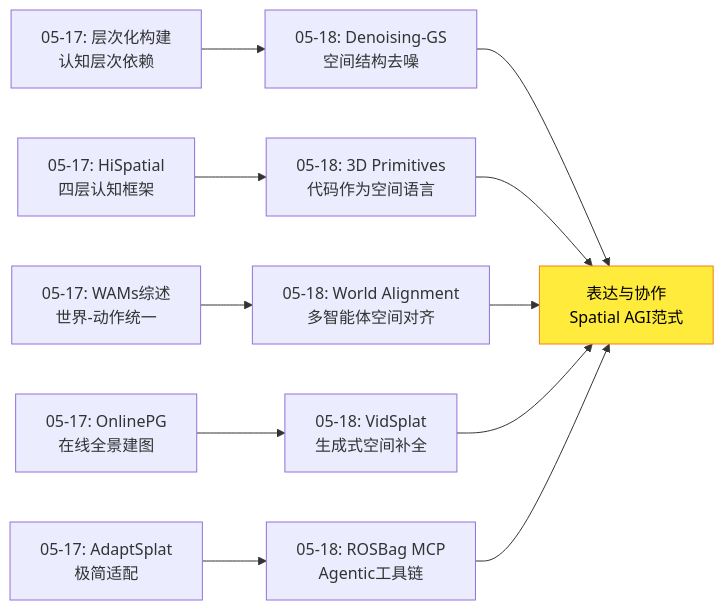
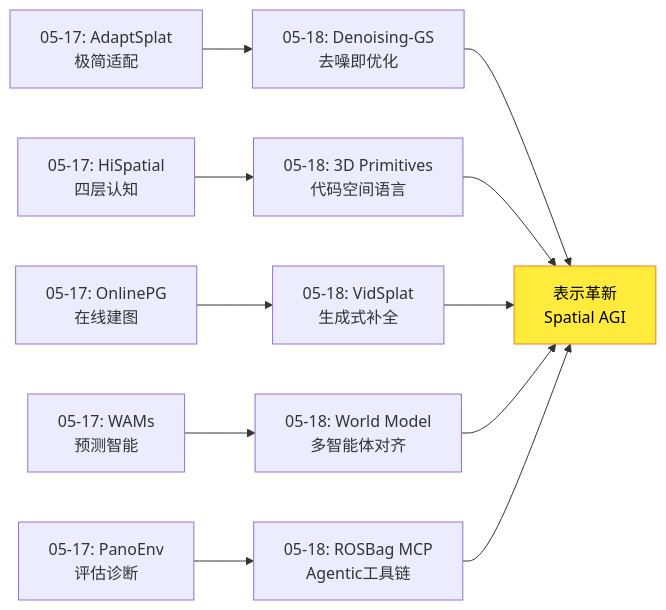
The first of 5 diagrams in daily_thinking/2026-05-18.md (ahangchen/spatial_agi), drawn with Mermaid before and after one commit. The commit also changed other lines of this file, not shown here.

First line of the commit message:
feat: Spatial AGI Research - 2026-05-18

````diff
--- a/daily_thinking/2026-05-18.md
+++ b/daily_thinking/2026-05-18.md
@@ -23,14 +23,14 @@
 ```mermaid
 graph LR
-    A["05-17: 层次化构建<br/>认知层次依赖"] --> B["05-18: Denoising-GS<br/>空间结构去噪"]
-    C["05-17: HiSpatial<br/>四层认知框架"] --> D["05-18: 3D Primitives<br/>代码作为空间语言"]
-    E["05-17: WAMs综述<br/>世界-动作统一"] --> F["05-18: World Alignment<br/>多智能体空间对齐"]
-    G["05-17: OnlinePG<br/>在线全景建图"] --> H["05-18: VidSplat<br/>生成式空间补全"]
-    I["05-17: AdaptSplat<br/>极简适配"] --> J["05-18: ROSBag MCP<br/>Agentic工具链"]
-    B --> K["表达与协作<br/>Spatial AGI范式"]
+    A["05-17: AdaptSplat<br/>极简适配"] --> B["05-18: Denoising-GS<br/>去噪即优化"]
+    C["05-17: HiSpatial<br/>四层认知"] --> D["05-18: 3D Primitives<br/>代码空间语言"]
+    E["05-17: OnlinePG<br/>在线建图"] --> F["05-18: VidSplat<br/>生成式补全"]
+    G["05-17: WAMs<br/>预测智能"] --> H["05-18: World Model<br/>多智能体对齐"]
+    I["05-17: PanoEnv<br/>评估诊断"] --> J["05-18: ROSBag MCP<br/>Agentic工具链"]
+    B --> K["表示革新<br/>Spatial AGI"]
     D --> K
     F --> K
     H --> K
     J --> K
     style K fill:#ffeb3b,stroke:#f57f17,color:#000
 ```
````
